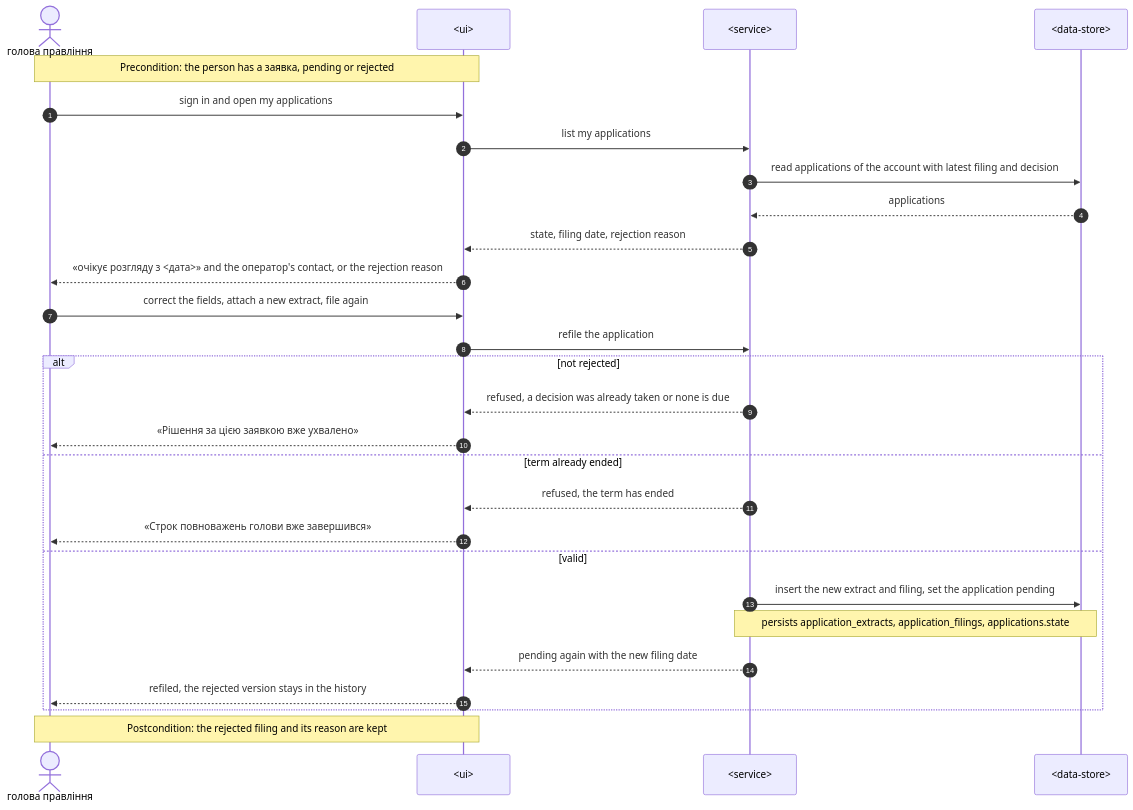
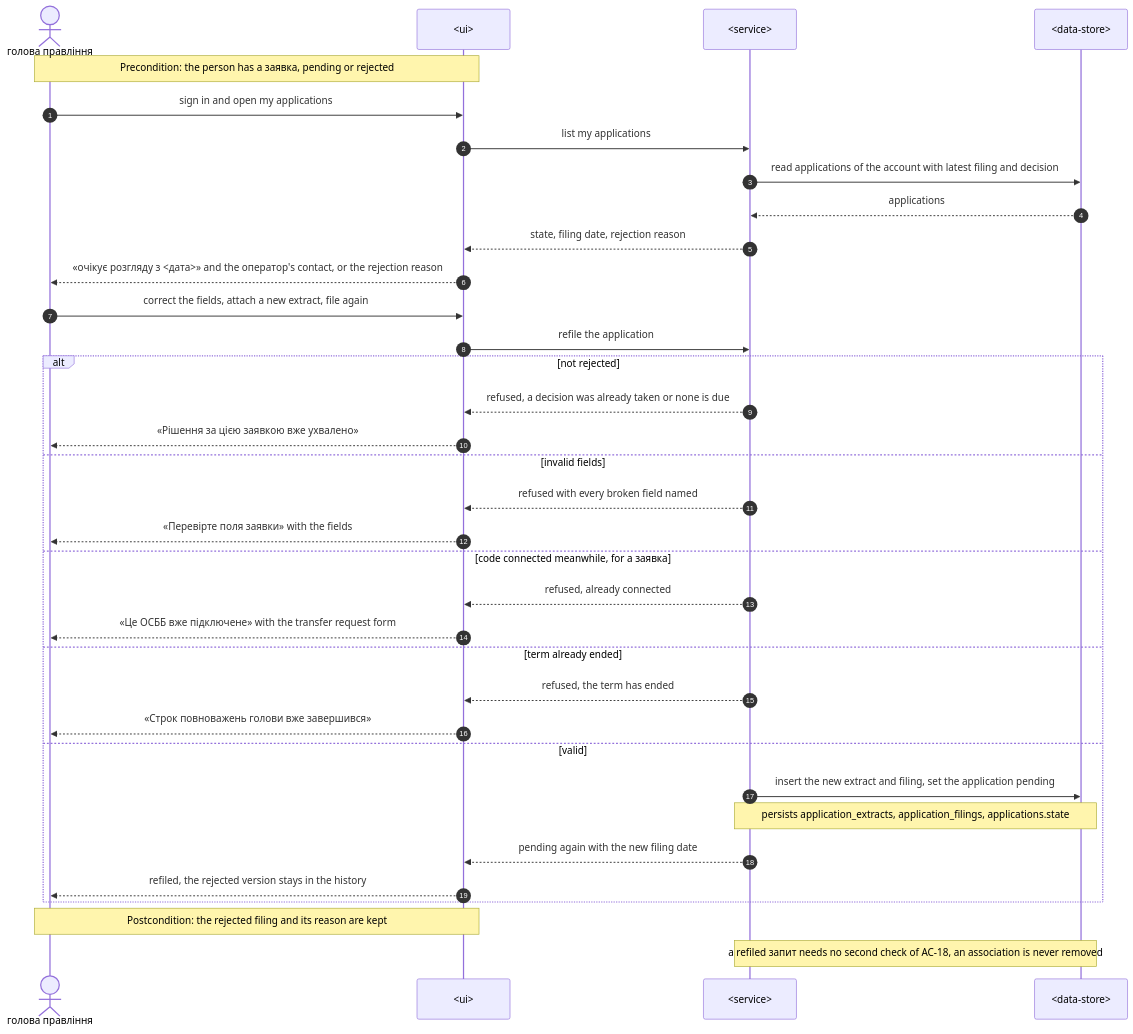
Before and after one commit to AndriiOpryshko/spilno: the seventh of 14 diagrams in docs/features/association-onboarding/sad.md, drawn with Mermaid. The commit also changed other lines of this file and 2 other files, not shown here.

````diff
--- a/docs/features/association-onboarding/sad.md
+++ b/docs/features/association-onboarding/sad.md
@@ -293,30 +297,37 @@
 ```mermaid
 sequenceDiagram
     autonumber
     actor U as голова правління
     participant UI as <ui>
     participant S as <service>
     participant D as <data-store>
     Note over U,UI: Precondition: the person has a заявка, pending or rejected
     U->>UI: sign in and open my applications
     UI->>S: list my applications
     S->>D: read applications of the account with latest filing and decision
     D-->>S: applications
     S-->>UI: state, filing date, rejection reason
     UI-->>U: «очікує розгляду з <дата>» and the оператор's contact, or the rejection reason
     U->>UI: correct the fields, attach a new extract, file again
     UI->>S: refile the application
     alt not rejected
         S-->>UI: refused, a decision was already taken or none is due
         UI-->>U: «Рішення за цією заявкою вже ухвалено»
+    else invalid fields
+        S-->>UI: refused with every broken field named
+        UI-->>U: «Перевірте поля заявки» with the fields
+    else code connected meanwhile, for a заявка
+        S-->>UI: refused, already connected
+        UI-->>U: «Це ОСББ вже підключене» with the transfer request form
     else term already ended
         S-->>UI: refused, the term has ended
         UI-->>U: «Строк повноважень голови вже завершився»
     else valid
         S->>D: insert the new extract and filing, set the application pending
         Note over S,D: persists application_extracts, application_filings, applications.state
         S-->>UI: pending again with the new filing date
         UI-->>U: refiled, the rejected version stays in the history
     end
     Note over U,UI: Postcondition: the rejected filing and its reason are kept
+    Note over S,D: a refiled запит needs no second check of AC-18, an association is never removed
 ```
````
